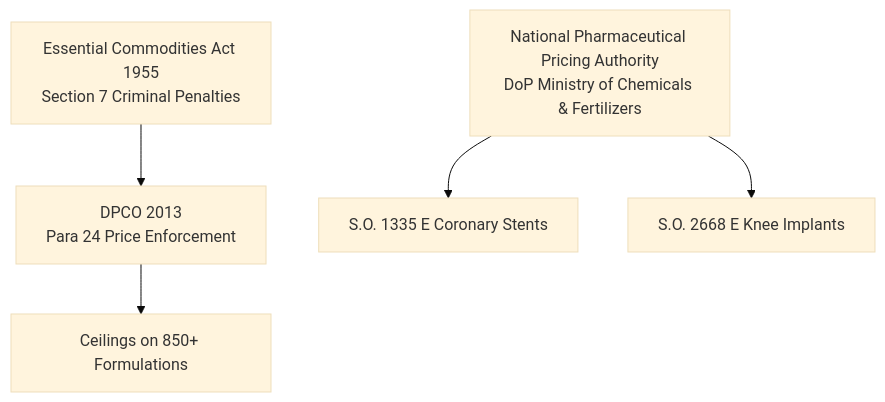
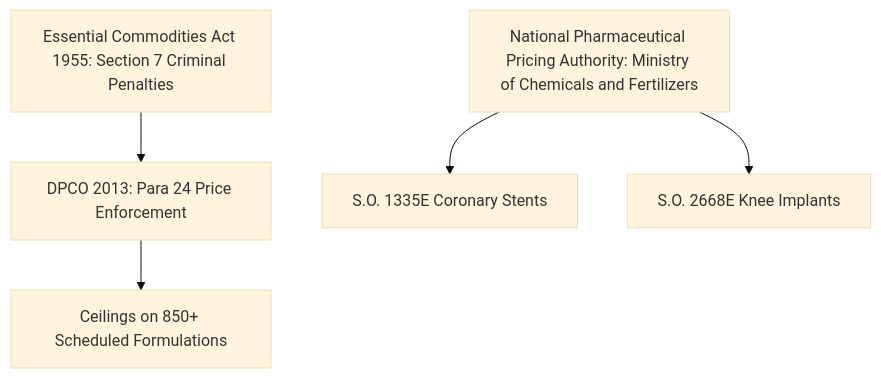
Before and after one commit to Harshil-18-byte/CuraVeris: the first of 3 diagrams in docs/STATUTORY_FRAMEWORK.md, drawn with Mermaid (base theme). The commit also changed other lines of this file, not shown here.

````diff
--- a/docs/STATUTORY_FRAMEWORK.md
+++ b/docs/STATUTORY_FRAMEWORK.md
@@ -26,8 +20,7 @@
 ```mermaid
 graph TD
-    ECA[Essential Commodities Act 1955<br/>Section 7 Criminal Penalties] --> DPCO[DPCO 2013<br/>Para 24 Price Enforcement]
-    DPCO --> ScheduledDrugs[Ceilings on 850+ Formulations]
-    NPPA[National Pharmaceutical Pricing Authority<br/>DoP Ministry of Chemicals & Fertilizers] --> StentOrder[S.O. 1335 E Coronary Stents]
-    NPPA --> KneeOrder[S.O. 2668 E Knee Implants]
-
+  ECA[Essential Commodities Act 1955: Section 7 Criminal Penalties] --> DPCO[DPCO 2013: Para 24 Price Enforcement]
+  DPCO --> ScheduledDrugs[Ceilings on 850+ Scheduled Formulations]
+  NPPA[National Pharmaceutical Pricing Authority: Ministry of Chemicals and Fertilizers] --> StentOrder[S.O. 1335E Coronary Stents]
+  NPPA --> KneeOrder[S.O. 2668E Knee Implants]
 ```
````
